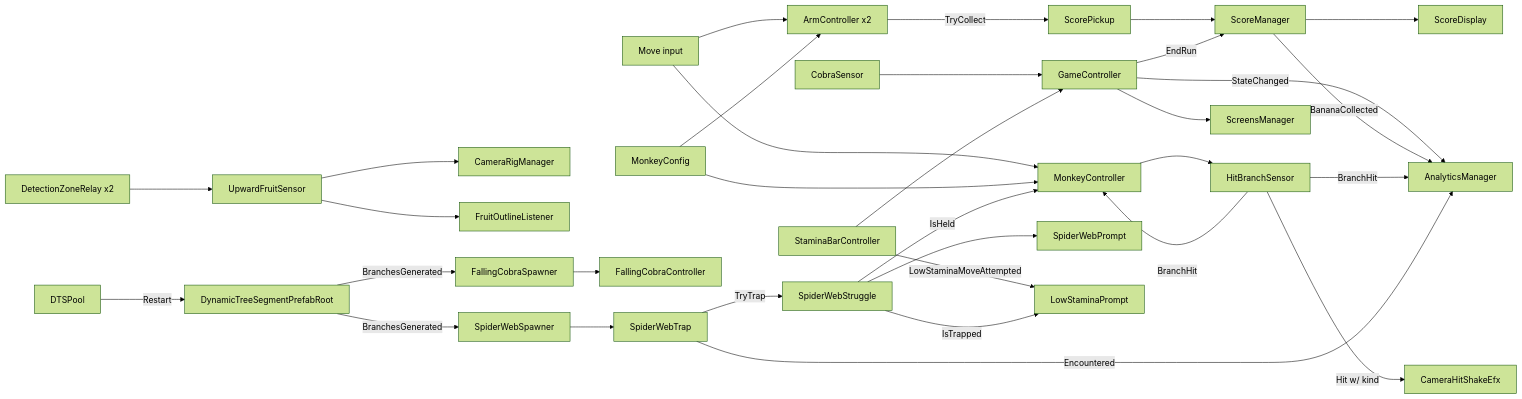
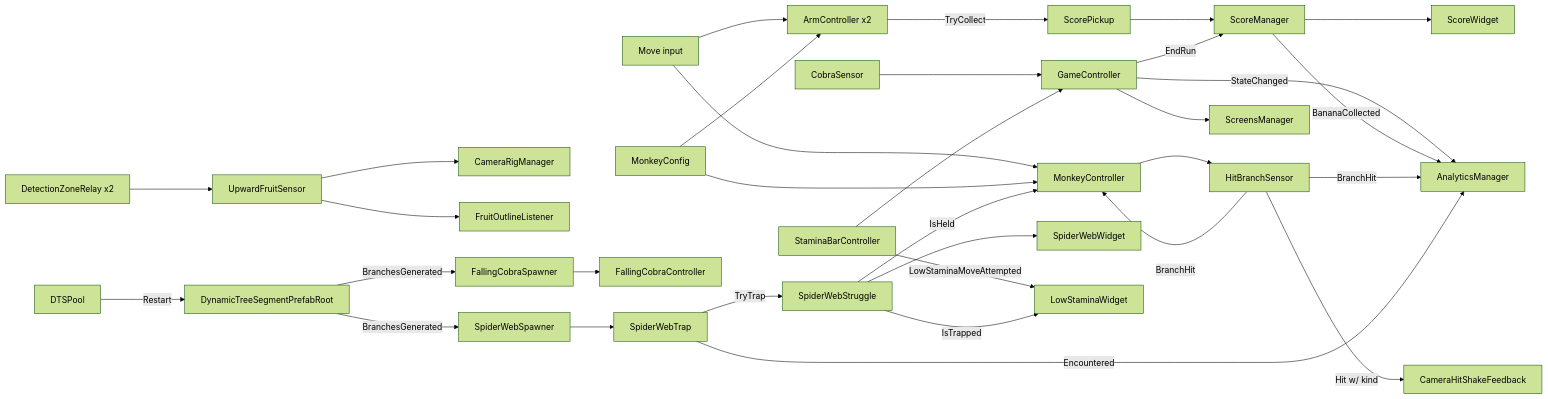
The diagram in CONTEXT.md (kami-lel/monkobra), drawn with Mermaid (forest theme) before and after one commit. The commit also changed other lines of this file and 31 other files, not shown here.

````diff
--- a/CONTEXT.md
+++ b/CONTEXT.md
@@ -62,34 +62,34 @@
 ```mermaid
 graph LR
   Input[Move input] --> Root[MonkeyController]
   Input --> Arm[ArmController x2]
   Cfg[MonkeyConfig] --> Root
   Cfg --> Arm
   Root --> Hit[HitBranchSensor]
   Hit -->|BranchHit| Root
-  Hit -->|Hit w/ kind| Shake[CameraHitShakeEfx]
+  Hit -->|Hit w/ kind| Shake[CameraHitShakeFeedback]
   Zones[DetectionZoneRelay x2] --> Fruit[UpwardFruitSensor]
   Fruit --> Cam[CameraRigManager]
   Fruit --> Outline[FruitOutlineListener]
   Arm -->|TryCollect| Pickup[ScorePickup]
   Pickup --> Score[ScoreManager]
-  Score --> ScoreUI[ScoreDisplay]
+  Score --> ScoreUI[ScoreWidget]
   Cobra[CobraSensor] --> Game[GameController]
   Stamina[StaminaBarController] --> Game
   Game --> Screens[ScreensManager]
   Game -->|EndRun| Score
   Pool[DTSPool] -->|Restart| Segment[DynamicTreeSegmentPrefabRoot]
   Segment -->|BranchesGenerated| Spawner[SpiderWebSpawner]
   Segment -->|BranchesGenerated| CobraSpawner[FallingCobraSpawner]
   CobraSpawner --> FallCobra[FallingCobraController]
   Spawner --> Web[SpiderWebTrap]
   Web -->|TryTrap| Struggle[SpiderWebStruggle]
   Struggle -->|IsHeld| Root
-  Struggle --> Prompt[SpiderWebPrompt]
-  Stamina -->|LowStaminaMoveAttempted| LowPrompt[LowStaminaPrompt]
+  Struggle --> Prompt[SpiderWebWidget]
+  Stamina -->|LowStaminaMoveAttempted| LowPrompt[LowStaminaWidget]
   Struggle -->|IsTrapped| LowPrompt
   Game -->|StateChanged| Analytics[AnalyticsManager]
   Score -->|BananaCollected| Analytics
   Hit -->|BranchHit| Analytics
   Web -->|Encountered| Analytics
 ```
````
